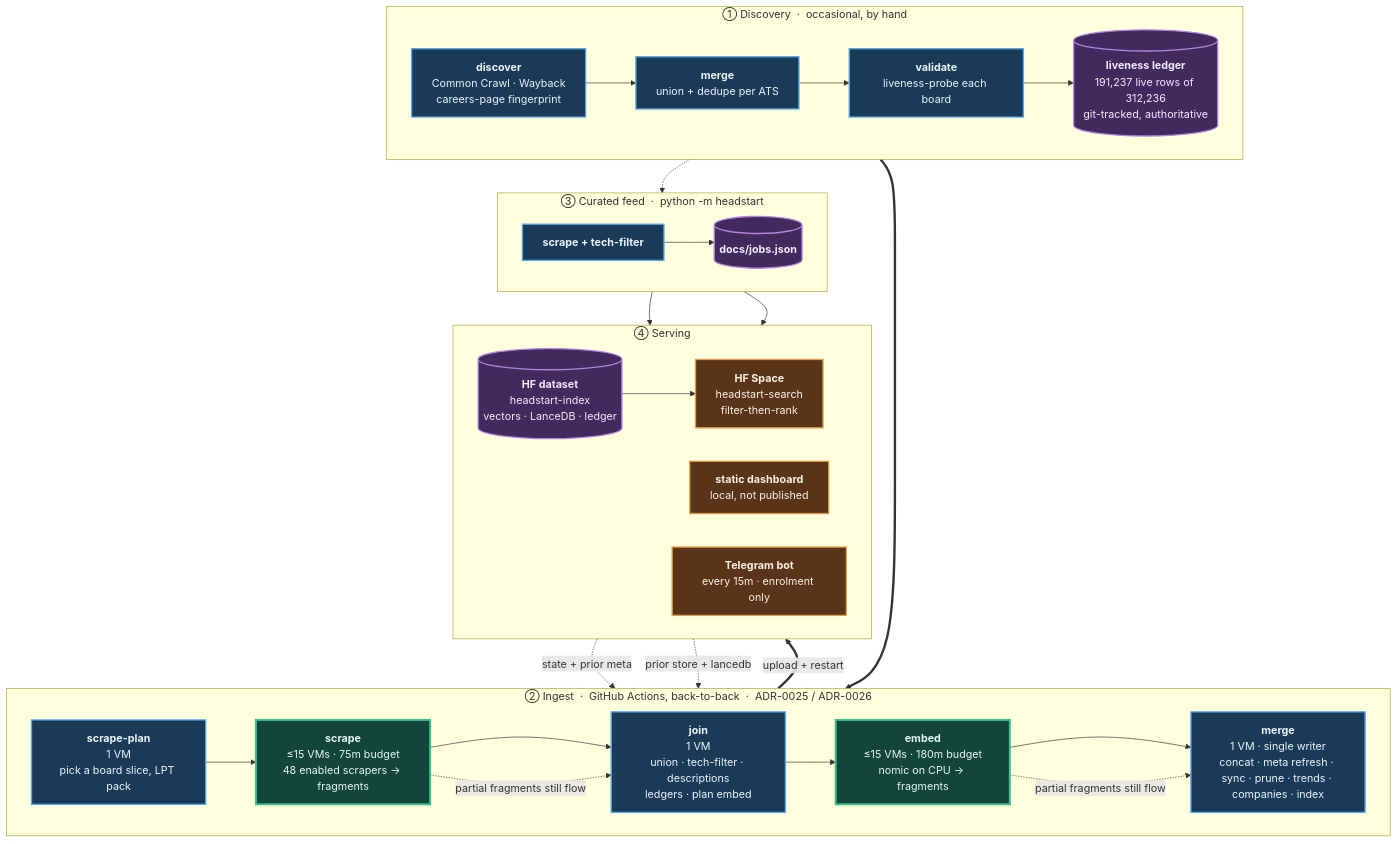
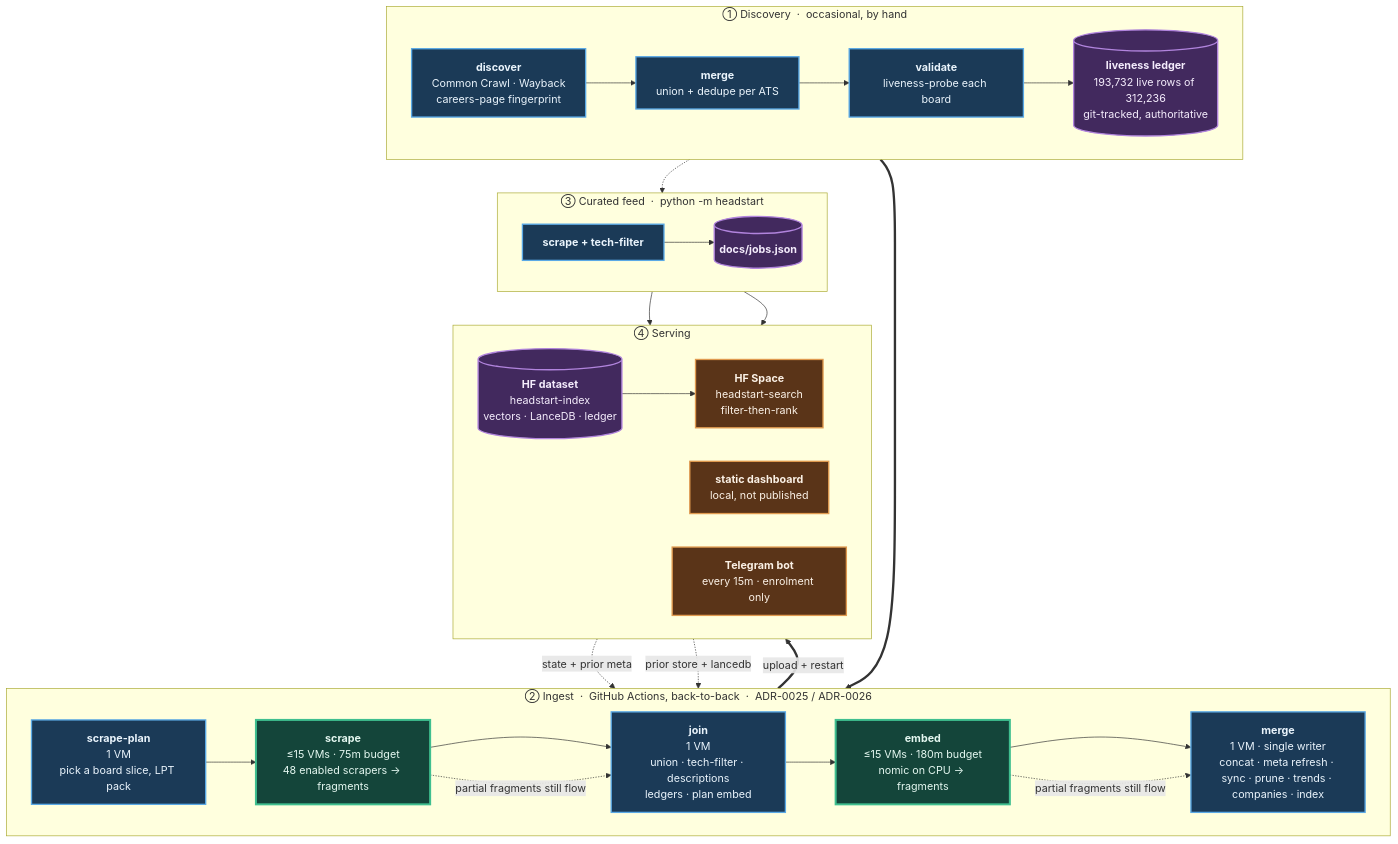
One commit to sarthakjain004/headstart changed the diagram in README.md. Above: the diagram before and after it, drawn with Mermaid. The commit also changed other lines of this file and 2 other files, not shown here.

First line of the commit message:
Re-probe personio's unknown ledger rows after the redirect fix: 2,495 live, 2,685 dead (#804)

````diff
--- a/README.md
+++ b/README.md
@@ -183,56 +183,56 @@
 ```mermaid
 flowchart TB
     subgraph D["① Discovery &nbsp;·&nbsp; occasional, by hand"]
         direction LR
         D1["<b>discover</b><br/>Common Crawl · Wayback<br/>careers-page fingerprint"]
         D2["<b>merge</b><br/>union + dedupe per ATS"]
         D3["<b>validate</b><br/>liveness-probe each board"]
-        D4[("<b>liveness ledger</b><br/>191,237 live rows of 312,236<br/>git-tracked, authoritative")]
+        D4[("<b>liveness ledger</b><br/>193,732 live rows of 312,236<br/>git-tracked, authoritative")]
         D1 --> D2 --> D3 --> D4
     end
 
     subgraph P["② Ingest &nbsp;·&nbsp; GitHub Actions, back-to-back &nbsp;·&nbsp; ADR-0025 / ADR-0026"]
         direction LR
         P1["<b>scrape-plan</b><br/>1 VM<br/>pick a board slice, LPT pack"]
         P2["<b>scrape</b><br/>≤15 VMs · 75m budget<br/>48 enabled scrapers → fragments"]
         P3["<b>join</b><br/>1 VM<br/>union · tech-filter · descriptions<br/>ledgers · plan embed"]
         P4["<b>embed</b><br/>≤15 VMs · 180m budget<br/>nomic on CPU → fragments"]
         P5["<b>merge</b><br/>1 VM · single writer<br/>concat · meta refresh · sync · prune · trends · companies · index"]
         P1 --> P2 --> P3 --> P4 --> P5
     end
 
     subgraph F["③ Curated feed &nbsp;·&nbsp; python -m headstart"]
         direction LR
         F1["<b>scrape + tech-filter</b>"]
         F2[("<b>docs/jobs.json</b>")]
         F1 --> F2
     end
 
     subgraph S["④ Serving"]
         direction LR
         S1[("<b>HF dataset</b><br/>headstart-index<br/>vectors · LanceDB · ledger")]
         S2["<b>HF Space</b><br/>headstart-search<br/>filter-then-rank"]
         S3["<b>static dashboard</b><br/>local, not published"]
         S4["<b>Telegram bot</b><br/>every 15m · enrolment only"]
         S1 --> S2
     end
 
     D4 ==> P1
     S1 -. "state + prior meta" .-> P1
     S1 -. "prior store + lancedb" .-> P5
     D4 -.-> F1
     P5 ==>|"upload + restart"| S1
     F2 --> S3
     F2 --> S4
     P2 -. "partial fragments still flow" .-> P3
     P4 -. "partial fragments still flow" .-> P5
 
     classDef serial fill:#1b3a57,stroke:#5aa9e6,stroke-width:2px,color:#eaf4fc
     classDef fan fill:#14453a,stroke:#3fbf8f,stroke-width:3px,color:#e4f7f0
     classDef store fill:#42295e,stroke:#b184dd,stroke-width:2px,color:#f4ecfc
     classDef serve fill:#5a3418,stroke:#e09a4f,stroke-width:2px,color:#fbf1e6
     class D1,D2,D3,P1,P3,P5,F1 serial
     class P2,P4 fan
     class D4,F2,S1 store
     class S2,S3,S4 serve
 ```
````
